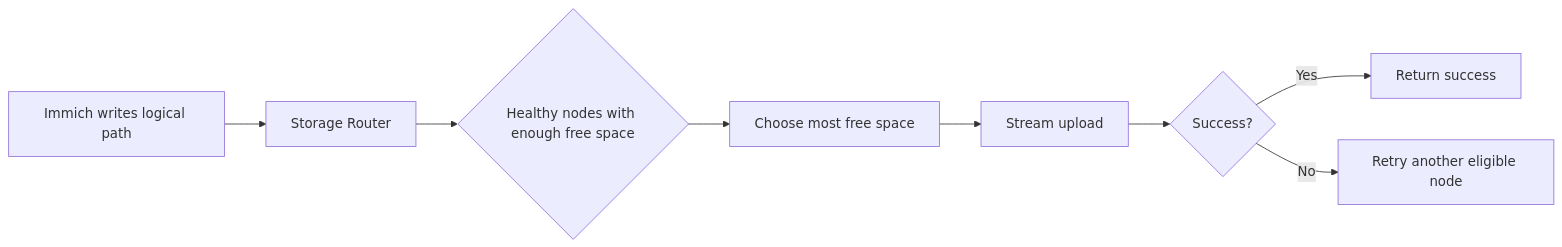
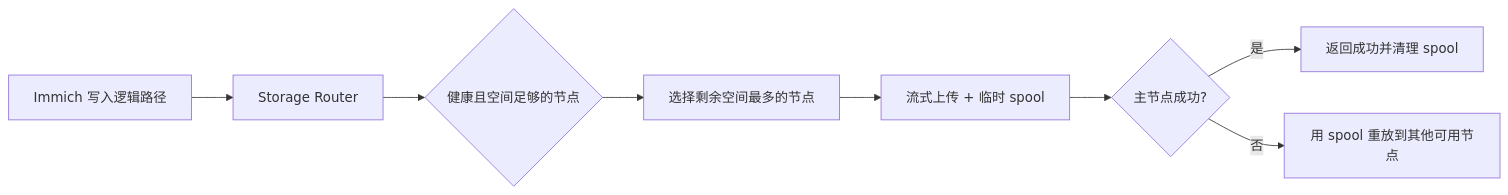
Before and after one commit to bowardzhang/immich: the third of 6 diagrams in RAILWAY_REMOTE_STORAGE.md, drawn with Mermaid. The commit also changed other lines of this file, not shown here.

Commit message:
docs: translate Railway storage guide to Chinese

````diff
--- a/RAILWAY_REMOTE_STORAGE.md
+++ b/RAILWAY_REMOTE_STORAGE.md
@@ -96,10 +87,10 @@
 ```mermaid
 flowchart LR
-    A[Immich writes logical path] --> B[Storage Router]
-    B --> C{Healthy nodes with enough free space}
-    C --> D[Choose most free space]
-    D --> E[Stream upload]
-    E --> F{Success?}
-    F -- Yes --> G[Return success]
-    F -- No --> H[Retry another eligible node]
+    A[Immich 写入逻辑路径] --> B[Storage Router]
+    B --> C{健康且空间足够的节点}
+    C --> D[选择剩余空间最多的节点]
+    D --> E[流式上传 + 临时 spool]
+    E --> F{主节点成功?}
+    F -- 是 --> G[返回成功并清理 spool]
+    F -- 否 --> H[用 spool 重放到其他可用节点]
 ```
````
